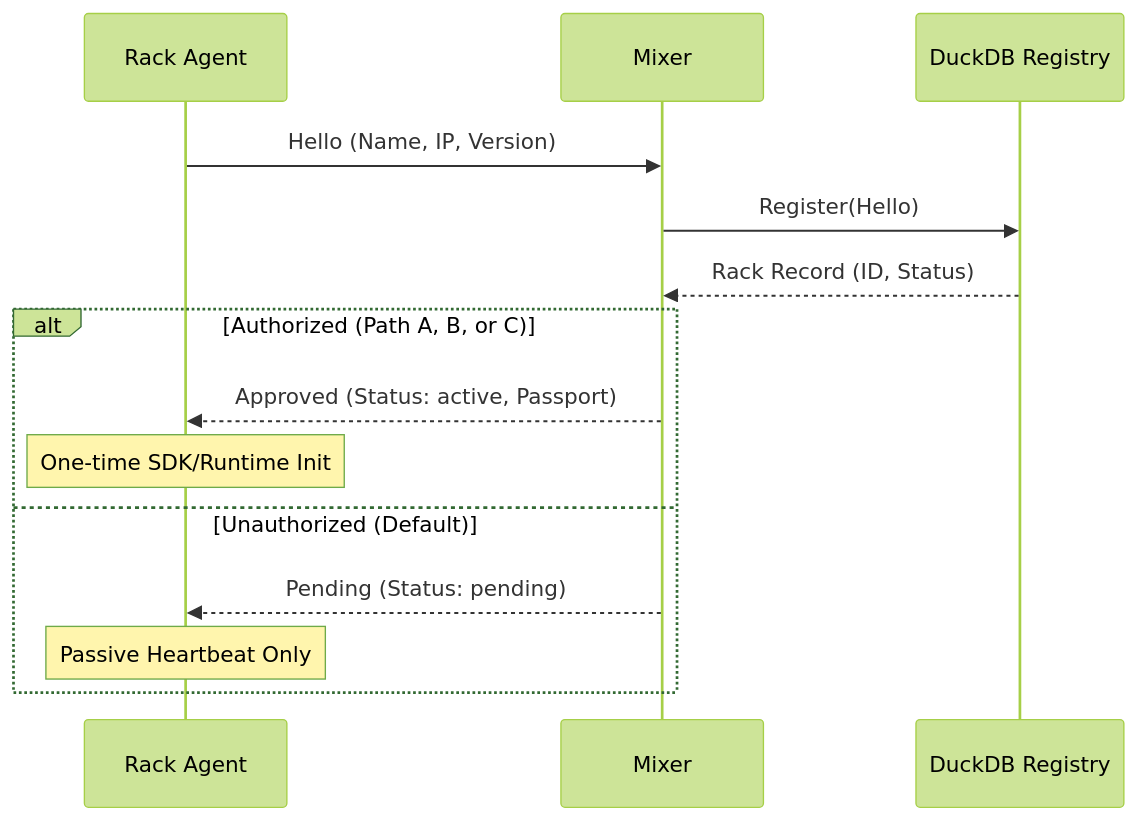
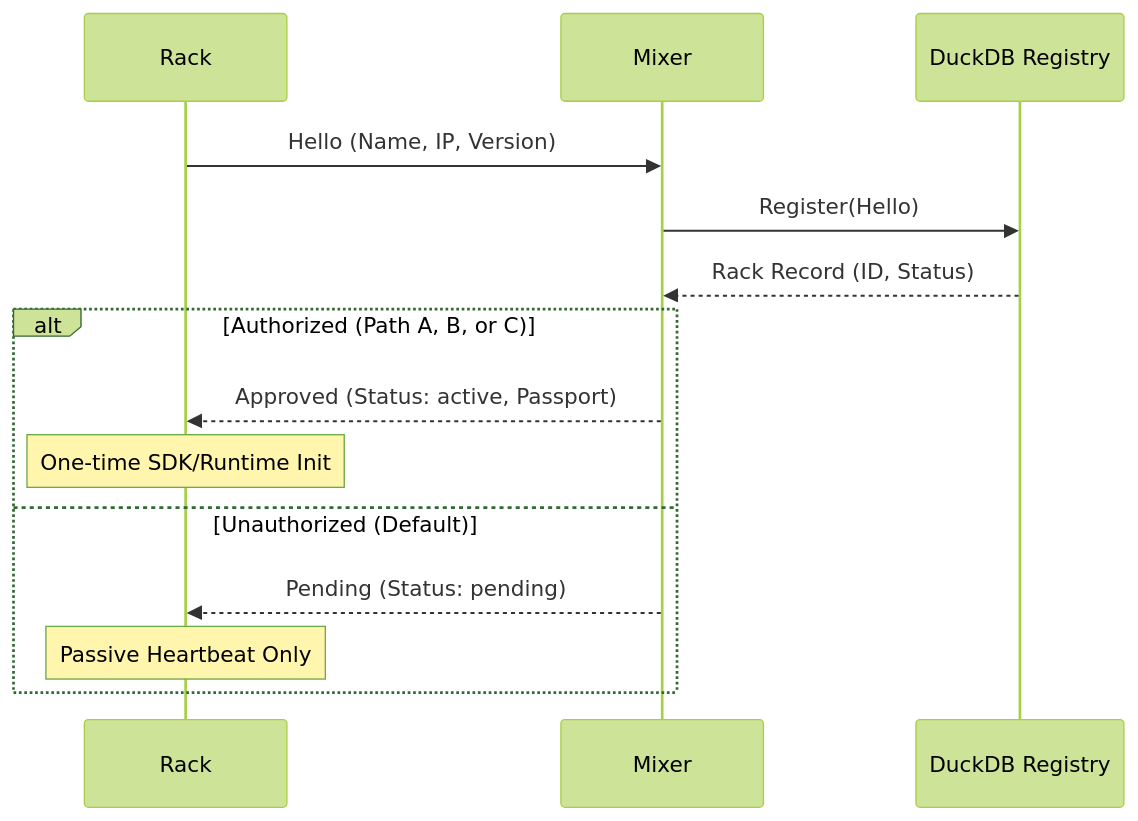
Before and after one commit to fluxrig/website: the second of 2 diagrams in docs/reference/registry.md, drawn with Mermaid (forest theme). The commit also changed other lines of this file and 38 other files, not shown here.

````diff
--- a/docs/reference/registry.md
+++ b/docs/reference/registry.md
@@ -65,18 +65,18 @@
 ```mermaid
 sequenceDiagram
-    participant R as Rack Agent
+    participant R as Rack
     participant M as Mixer
     participant D as DuckDB Registry
 
     R->>M: Hello (Name, IP, Version)
     M->>D: Register(Hello)
     D-->>M: Rack Record (ID, Status)
     
     alt Authorized (Path A, B, or C)
         M-->>R: Approved (Status: active, Passport)
         Note over R: One-time SDK/Runtime Init
     else Unauthorized (Default)
         M-->>R: Pending (Status: pending)
         Note over R: Passive Heartbeat Only
     end
 ```
````
